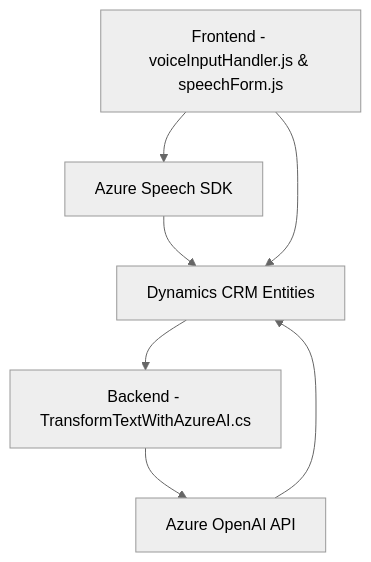
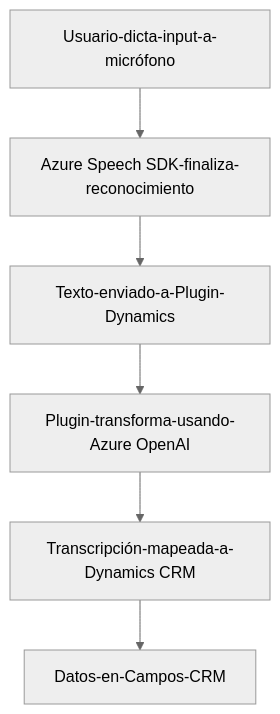
The diagram in README.md (blopezdm/NETCORE_BILBAO2025), drawn with Mermaid (neutral theme) before and after one commit. The commit also changed other lines of this file, not shown here.

````diff
--- a/README.md
+++ b/README.md
@@ -58,15 +48,15 @@
 ```mermaid
 graph TD
-    A["Frontend - voiceInputHandler.js & speechForm.js"]
-    B["Azure Speech SDK"]
-    C["Backend - TransformTextWithAzureAI.cs"]
-    D["Dynamics CRM Entities"]
-    E["Azure OpenAI API"]
+    A["Usuario-dicta-input-a-micrófono"]
+    B["Azure Speech SDK-finaliza-reconocimiento"]
+    C["Texto-enviado-a-Plugin-Dynamics"]
+    D["Plugin-transforma-usando-Azure OpenAI"]
+    E["Transcripción-mapeada-a-Dynamics CRM"]
+    F["Datos-en-Campos-CRM"]
 
-    A --> B
-    B --> D
-    A --> D
-    D --> C
-    C --> E
-    E --> D
+    A-->B
+    B-->C
+    C-->D
+    D-->E
+    E-->F
 ```
````
